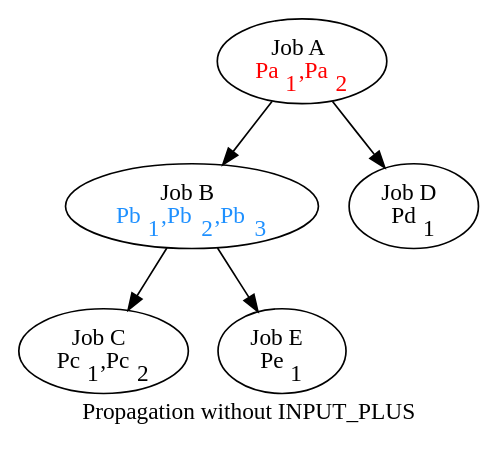
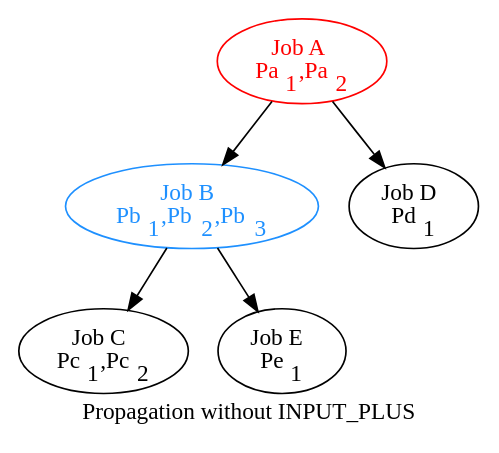
One commit to Ensembl/ensembl-hive changed the first of 3 diagrams in docs/creating_pipelines/parameters.rst. Above: the diagram before and after it, drawn with Graphviz. The commit also changed other lines of this file, not shown here.

```diff
--- a/docs/creating_pipelines/parameters.rst
+++ b/docs/creating_pipelines/parameters.rst
@@ -202,14 +202,14 @@
 .. graphviz::
 
    digraph {
       label="Propagation without INPUT_PLUS"
       A -> B;
       A -> D;
       B -> C;
       B -> E;
-      A [label=<Job A<br/><font color='red'>Pa<sub>1</sub>,Pa<sub>2</sub></font>>]
-      B [label=<Job B<br/><font color='DodgerBlue'>Pb<sub>1</sub>,Pb<sub>2</sub>,Pb<sub>3</sub></font>>]
-      C [label=<Job C<br/>Pc<sub>1</sub>,Pc<sub>2</sub>>]
-      D [label=<Job D<br/>Pd<sub>1</sub>>]
-      E [label=<Job E<br/>Pe<sub>1</sub>>]
+      A [color="red", label=<<font color='red'>Job A<br/>Pa<sub>1</sub>,Pa<sub>2</sub></font>>];
+      B [color="DodgerBlue", label=<<font color='DodgerBlue'>Job B<br/>Pb<sub>1</sub>,Pb<sub>2</sub>,Pb<sub>3</sub></font>>];
+      C [label=<Job C<br/>Pc<sub>1</sub>,Pc<sub>2</sub>>];
+      D [label=<Job D<br/>Pd<sub>1</sub>>];
+      E [label=<Job E<br/>Pe<sub>1</sub>>];
    }
```
